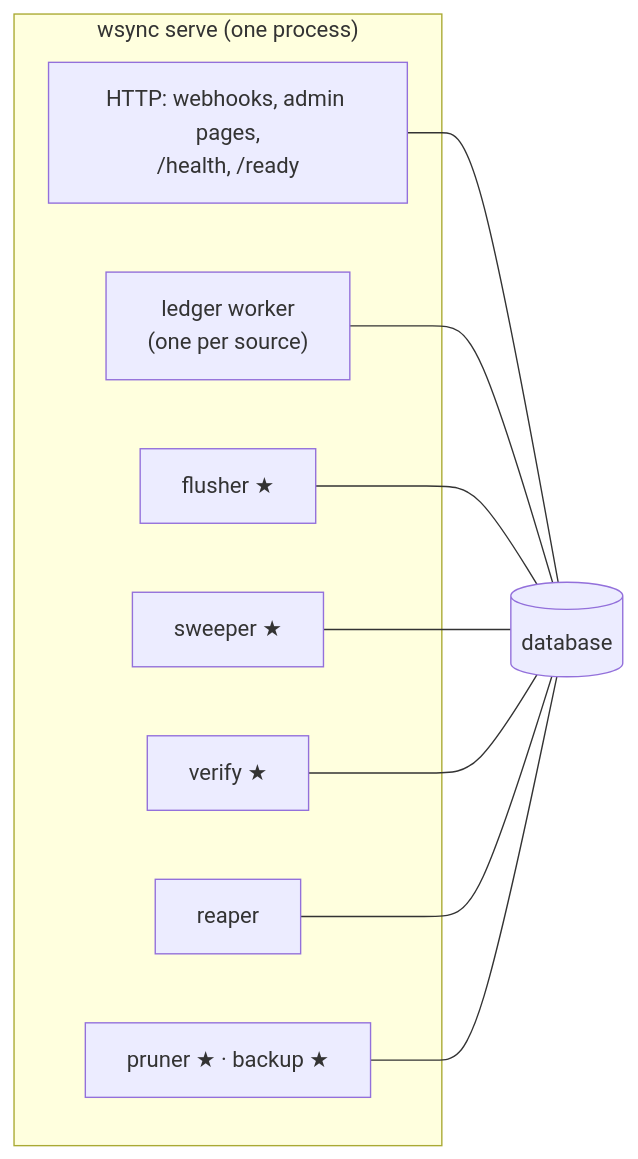
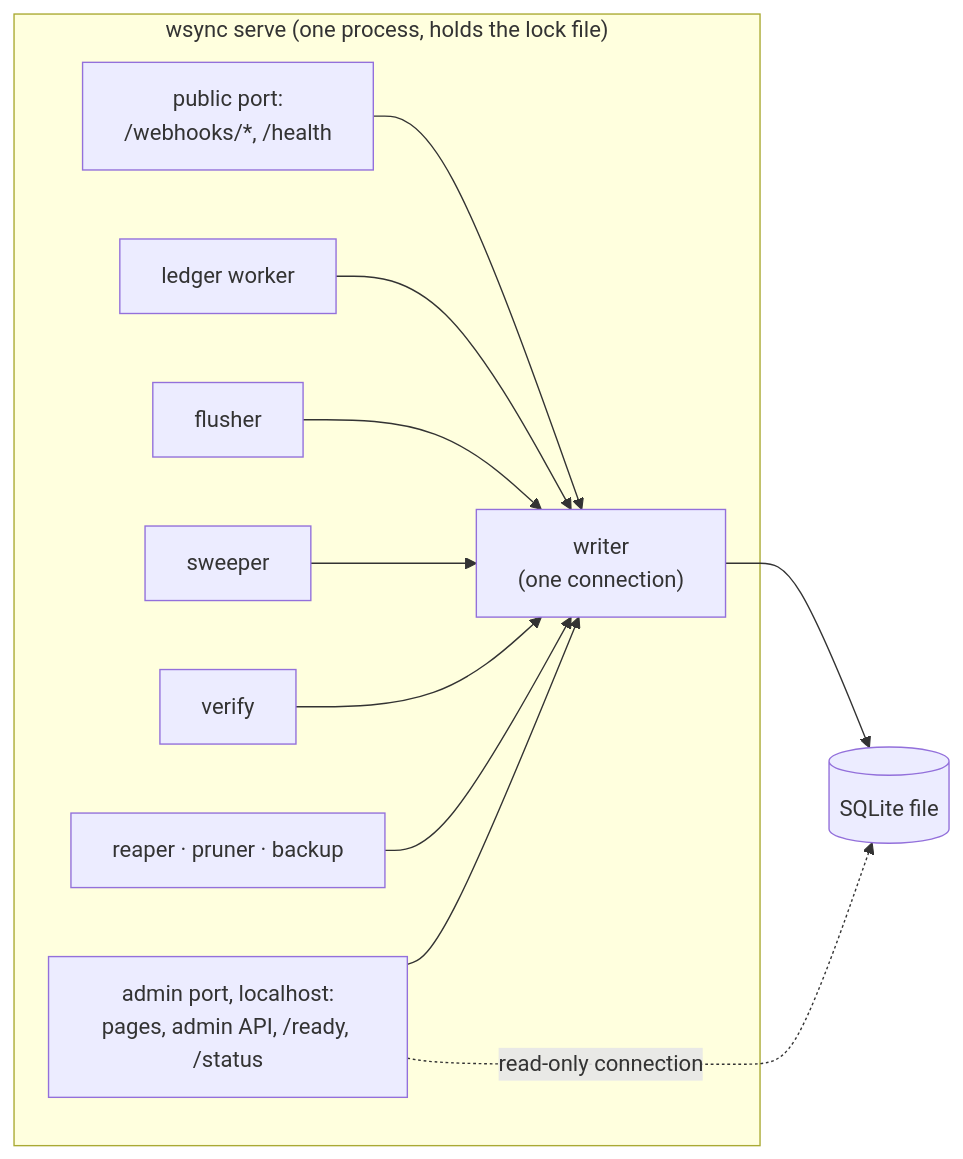
The diagram in docs/design/operations.md (lalitkarthik/webhook-sync), drawn with Mermaid before and after one commit. The commit also changed other lines of this file and 23 other files, not shown here.

````diff
--- a/docs/design/operations.md
+++ b/docs/design/operations.md
@@ -9,14 +9,16 @@
 ```mermaid
 flowchart LR
-  subgraph P["wsync serve (one process)"]
-    HTTP["HTTP: webhooks, admin pages,<br/>/health, /ready"]
-    LW["ledger worker<br/>(one per source)"]
-    FL["flusher ★"]
-    SW["sweeper ★"]
-    VF["verify ★"]
-    RP["reaper"]
-    PR["pruner ★ · backup ★"]
+  subgraph P["wsync serve (one process, holds the lock file)"]
+    PUB["public port:<br/>/webhooks/*, /health"]
+    ADM["admin port, localhost:<br/>pages, admin API, /ready, /status"]
+    LW["ledger worker"]
+    FL["flusher"]
+    SW["sweeper"]
+    VF["verify"]
+    RP["reaper · pruner · backup"]
+    WR["writer<br/>(one connection)"]
   end
-  DB[("database")]
-  HTTP & LW & FL & SW & VF & RP & PR --- DB
+  DB[("SQLite file")]
+  PUB & LW & FL & SW & VF & RP & ADM --> WR --> DB
+  ADM -. "read-only connection" .-> DB
 ```
````
